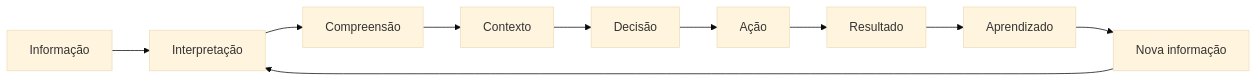
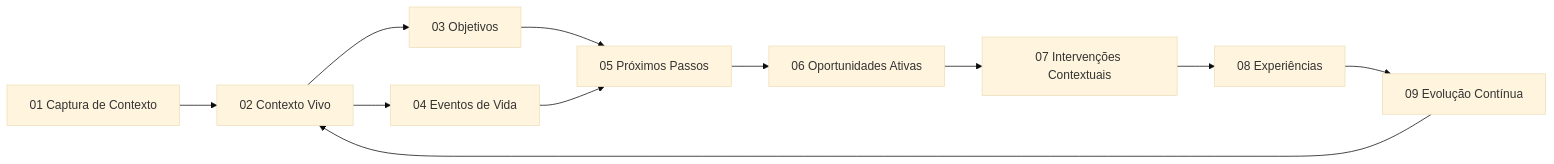
One commit to guivos-repositorio/Guivos-Knowledge-Repository changed the second of 2 diagrams in docs/product-architecture/pas-001-guivos-journey.md. Above: the diagram before and after it, drawn with Mermaid (base theme). The commit also changed other lines of this file and 10 other files, not shown here.

````diff
--- a/docs/product-architecture/pas-001-guivos-journey.md
+++ b/docs/product-architecture/pas-001-guivos-journey.md
@@ -264,22 +538,23 @@
 ```mermaid
 flowchart LR
-    A["Informação"]
-    B["Interpretação"]
-    C["Compreensão"]
-    D["Contexto"]
-    E["Decisão"]
-    F["Ação"]
-    G["Resultado"]
-    H["Aprendizado"]
-    I["Nova informação"]
+    CC["01 Captura de Contexto"]
+    CV["02 Contexto Vivo"]
+    OBJ["03 Objetivos"]
+    EV["04 Eventos de Vida"]
+    PP["05 Próximos Passos"]
+    OA["06 Oportunidades Ativas"]
+    IC["07 Intervenções Contextuais"]
+    EXP["08 Experiências"]
+    EC["09 Evolução Contínua"]
 
-    A --> B
-    B --> C
-    C --> D
-    D --> E
-    E --> F
-    F --> G
-    G --> H
-    H --> I
-    I --> B
+    CC --> CV
+    CV --> OBJ
+    CV --> EV
+    OBJ --> PP
+    EV --> PP
+    PP --> OA
+    OA --> IC
+    IC --> EXP
+    EXP --> EC
+    EC --> CV
 ```
````
